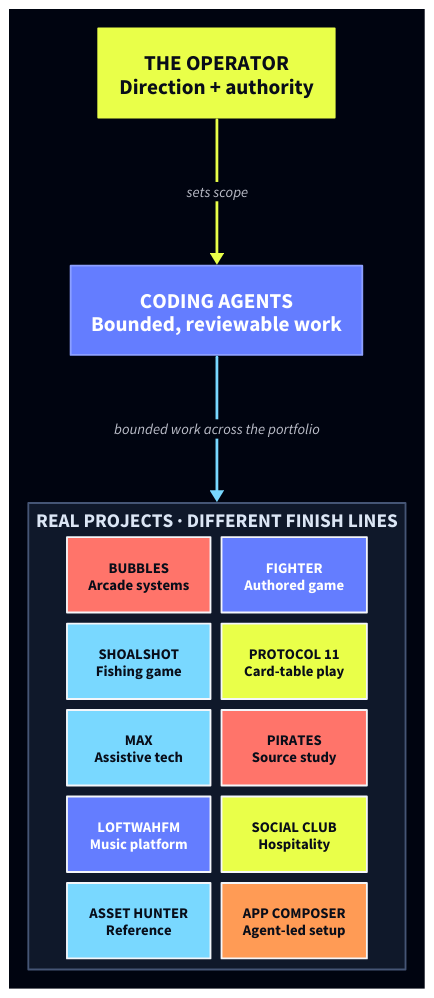
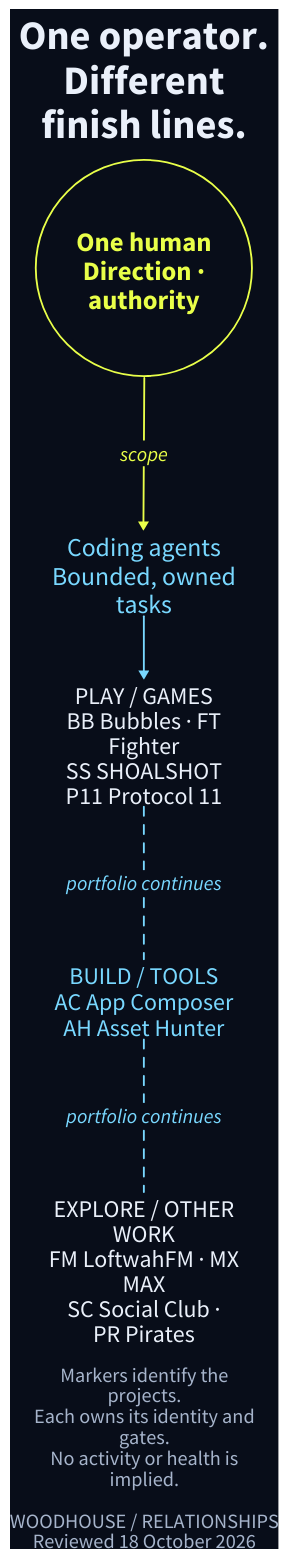
One commit to loftwah/woodhouse-new changed the diagram in diagrams/project-network-mobile.d2. Above: the diagram before and after it, drawn with D2. The commit also changed 83 other files, not shown here.

Commit message:
Rebuild Woodhouse technical plates and the founding feature

```diff
--- a/diagrams/project-network-mobile.d2
+++ b/diagrams/project-network-mobile.d2
@@ -1,47 +1,75 @@
+# Woodhouse authored technical plate. Reviewed 18 October 2026.
+# Shape grammar: text = work; circle = responsibility; diamond = decision;
+# labelled stop = evidence boundary; dashed line = return or conditional path.
+# This is a method/relationship, not a claim that every project passed it.
+vars: {d2-config: {layout-engine: elk; theme-id: 0; pad: 16}}
+style.fill: "#080D19"
 direction: down
-vars: { d2-config: { layout-engine: elk; theme-id: 201 } }
 
-operator: "THE OPERATOR\nDirection + authority" {
-  style.fill: "#E9FF49"
+plate_title: "One operator.\nDifferent\nfinish lines." {
+  shape: text
+  style.font-color: "#EAF0FA"
+  style.font-size: 44
+  style.fill: "transparent"
+  style.stroke: "#EAF0FA"
+  style.stroke-width: 0
+  style.bold: true
+}
+plate_title.near: top-center
+human: "One human\nDirection ·\nauthority" {
+  label.near: center-center
+  shape: circle
+  style.font-color: "#E9FF49"
+  style.font-size: 29
+  style.fill: "transparent"
   style.stroke: "#E9FF49"
   style.stroke-width: 2
-  style.font-color: "#080D19"
-  style.font-size: 23
+  width: 235
+  height: 235
   style.bold: true
 }
-
-agents: "CODING AGENTS\nBounded, reviewable work" {
-  style.fill: "#647DFF"
-  style.stroke: "#8DA0FF"
-  style.stroke-width: 2
-  style.font-color: "#FFFFFF"
-  style.font-size: 23
-  style.bold: true
+agents: "Coding agents\nBounded, owned\ntasks" {
+  shape: text
+  style.font-color: "#79D8FF"
+  style.font-size: 28
+  style.fill: "transparent"
+  style.stroke: "#79D8FF"
+  style.stroke-width: 0
 }
-
-projects: {
-  label: "REAL PROJECTS · DIFFERENT FINISH LINES"
-  grid-rows: 5
-  grid-columns: 2
-  grid-gap: 12
-  style.fill: "#0F182A"
-  style.stroke: "#455575"
-  style.stroke-width: 2
-  style.font-color: "#DCE6F5"
-  style.font-size: 21
-  style.bold: true
-
-  bubbles: "BUBBLES\nArcade systems" {style.fill: "#FF746A"; style.font-color: "#080D19"}
-  fighter: "FIGHTER\nAuthored game" {style.fill: "#647DFF"; style.font-color: "#FFFFFF"}
-  shoalshot: "SHOALSHOT\nFishing game" {style.fill: "#79D8FF"; style.font-color: "#080D19"}
-  protocol: "PROTOCOL 11\nCard-table play" {style.fill: "#E9FF49"; style.font-color: "#080D19"}
-  max: "MAX\nAssistive tech" {style.fill: "#79D8FF"; style.font-color: "#080D19"}
-  pirates: "PIRATES\nSource study" {style.fill: "#FF746A"; style.font-color: "#080D19"}
-  fm: "LOFTWAHFM\nMusic platform" {style.fill: "#647DFF"; style.font-color: "#FFFFFF"}
-  club: "SOCIAL CLUB\nHospitality" {style.fill: "#E9FF49"; style.font-color: "#080D19"}
-  hunter: "ASSET HUNTER\nReference" {style.fill: "#79D8FF"; style.font-color: "#080D19"}
-  composer: "APP COMPOSER\nAgent-led setup" {style.fill: "#FF9B55"; style.font-color: "#080D19"}
+games: "PLAY / GAMES\nBB  Bubbles · FT\nFighter\nSS  SHOALSHOT\nP11  Protocol 11" {
+  shape: text
+  style.font-color: "#EAF0FA"
+  style.font-size: 26
+  style.fill: "transparent"
+  style.stroke: "#EAF0FA"
+  style.stroke-width: 0
 }
-
-operator -> agents: "sets scope" {style.stroke: "#E9FF49"; style.stroke-width: 3; style.font-size: 16}
-agents -> projects: "bounded work across the portfolio" {style.stroke: "#79D8FF"; style.stroke-width: 3; style.font-size: 16}
+tools: "BUILD / TOOLS\nAC  App Composer\nAH  Asset Hunter" {
+  shape: text
+  style.font-color: "#79D8FF"
+  style.font-size: 26
+  style.fill: "transparent"
+  style.stroke: "#79D8FF"
+  style.stroke-width: 0
+}
+other: "EXPLORE / OTHER\nWORK\nFM  LoftwahFM · MX\nMAX\nSC  Social Club ·\nPR  Pirates" {
+  shape: text
+  style.font-color: "#EAF0FA"
+  style.font-size: 26
+  style.fill: "transparent"
+  style.stroke: "#EAF0FA"
+  style.stroke-width: 0
+}
+human -> agents: "scope" {style.stroke: "#E9FF49"; style.stroke-width: 2; style.font-color: "#E9FF49"; style.font-size: 22;}
+agents -> games: "" {style.stroke: "#79D8FF"; style.stroke-width: 2; style.font-color: "#79D8FF"; style.font-size: 22;}
+games -> tools: "portfolio continues" {style.stroke: "#79D8FF"; style.stroke-width: 2; style.font-color: "#79D8FF"; style.font-size: 22; style.stroke-dash: 5; target-arrowhead.shape: none;}
+tools -> other: "portfolio continues" {style.stroke: "#79D8FF"; style.stroke-width: 2; style.font-color: "#79D8FF"; style.font-size: 22; style.stroke-dash: 5; target-arrowhead.shape: none;}
+plate_note: "Markers identify the\nprojects.\nEach owns its identity and\ngates.\nNo activity or health is\nimplied.\n\nWOODHOUSE / RELATIONSHIPS\nReviewed 18 October 2026" {
+  shape: text
+  style.font-color: "#A6B4CB"
+  style.font-size: 22
+  style.fill: "transparent"
+  style.stroke: "#A6B4CB"
+  style.stroke-width: 0
+}
+plate_note.near: bottom-center
```
